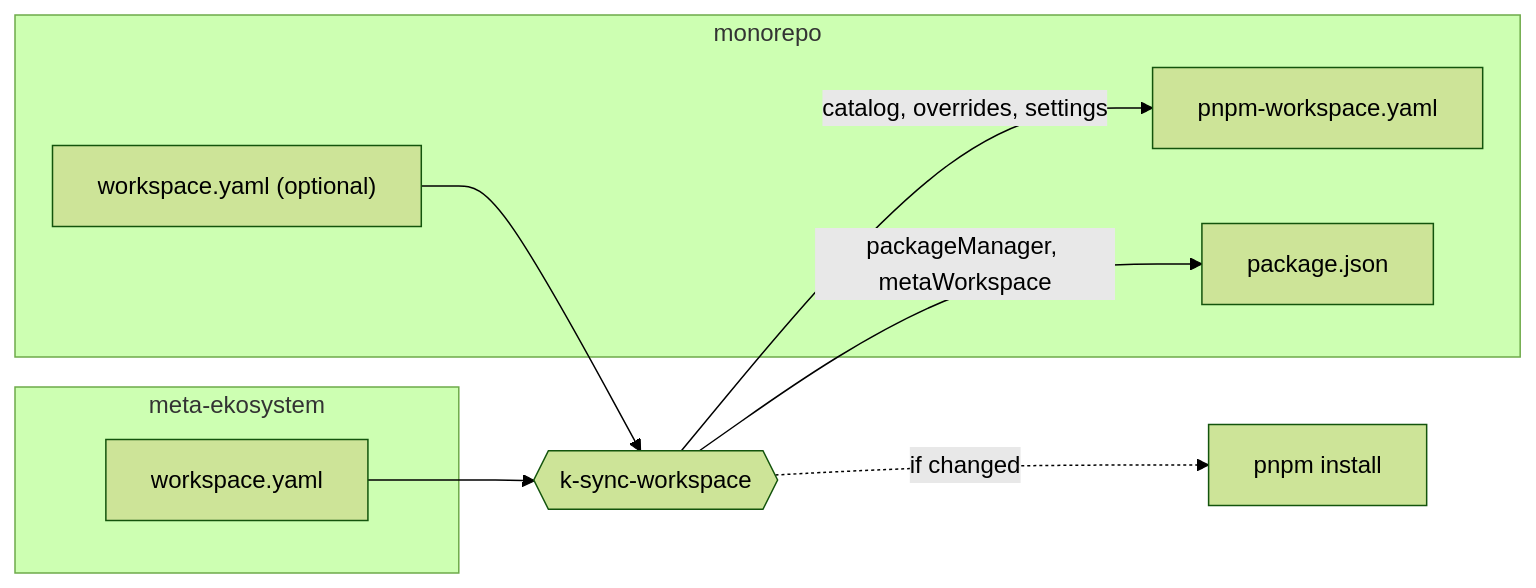
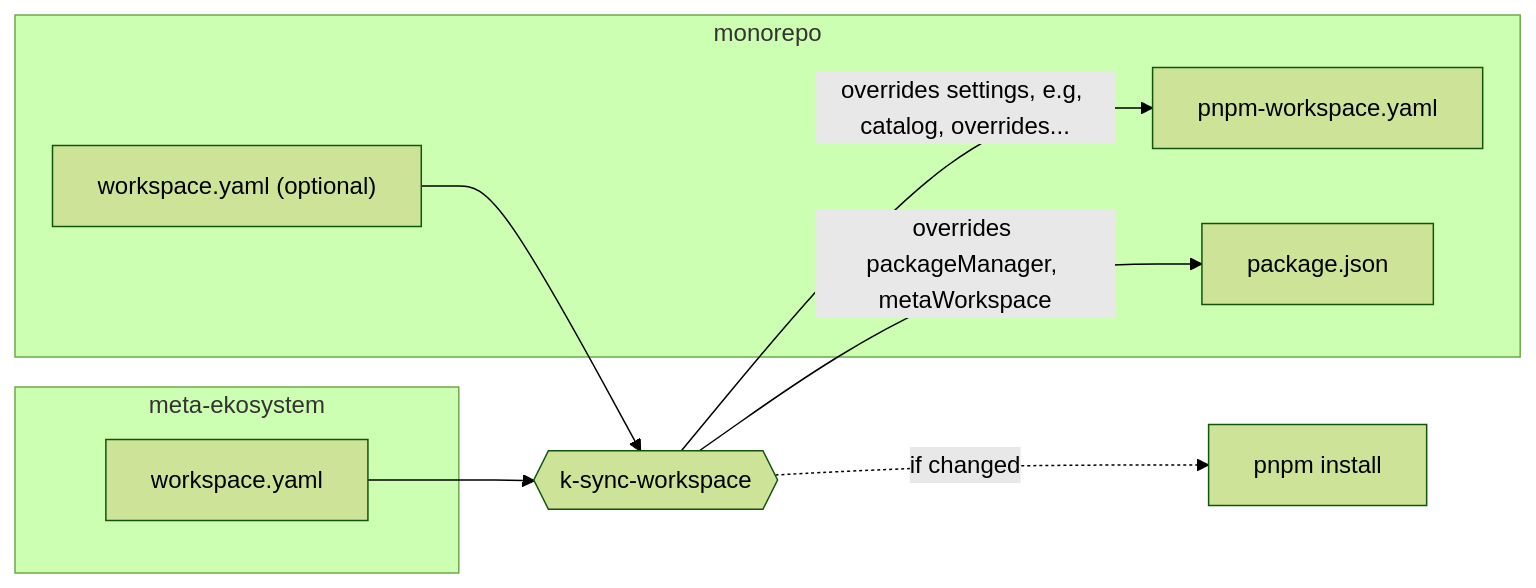
One commit to kalisio/meta-ekosystem changed the diagram in README.md. Above: the diagram before and after it, drawn with Mermaid (forest theme).

````diff
--- a/README.md
+++ b/README.md
@@ -167,17 +167,17 @@
 ```mermaid
 flowchart LR
   subgraph meta [meta-ekosystem]
     MW[workspace.yaml]
   end
   subgraph repo [monorepo]
     LW["workspace.yaml (optional)"]
     PW[pnpm-workspace.yaml]
     PJ[package.json]
   end
   S{{k-sync-workspace}}
   MW --> S
   LW --> S
-  S -- "catalog, overrides, settings" --> PW
-  S -- "packageManager, metaWorkspace" --> PJ
+  S -- "overrides settings, e.g, catalog, overrides..." --> PW
+  S -- "overrides packageManager, metaWorkspace" --> PJ
   S -. "if changed" .-> I[pnpm install]
 ```
````
